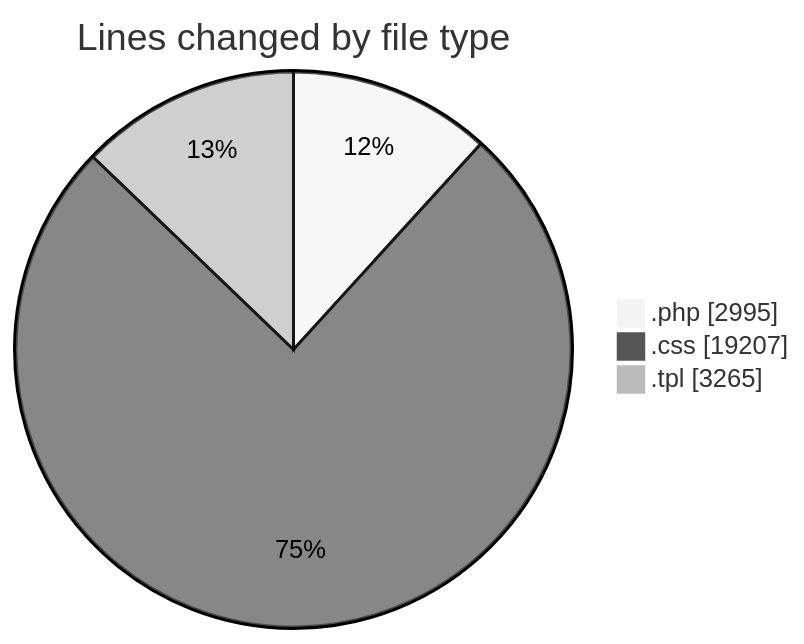
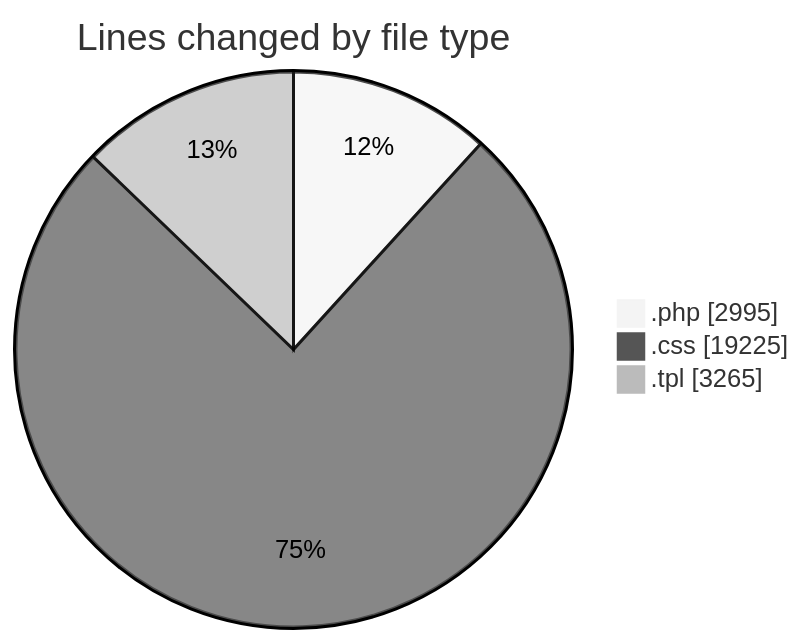
One commit to vahidmafi/code-tracking changed the first of 2 diagrams in 2025-03-23/zeytoon/README.md. Above: the diagram before and after it, drawn with Mermaid (neutral theme). The commit also changed other lines of this file and 1 other file, not shown here.

````diff
--- a/2025-03-23/zeytoon/README.md
+++ b/2025-03-23/zeytoon/README.md
@@ -29,7 +29,7 @@
 ```mermaid
 pie showData
 title Lines changed by file type
 ".php" : 2995
-".css" : 19207
+".css" : 19225
 ".tpl" : 3265
 ```
````
